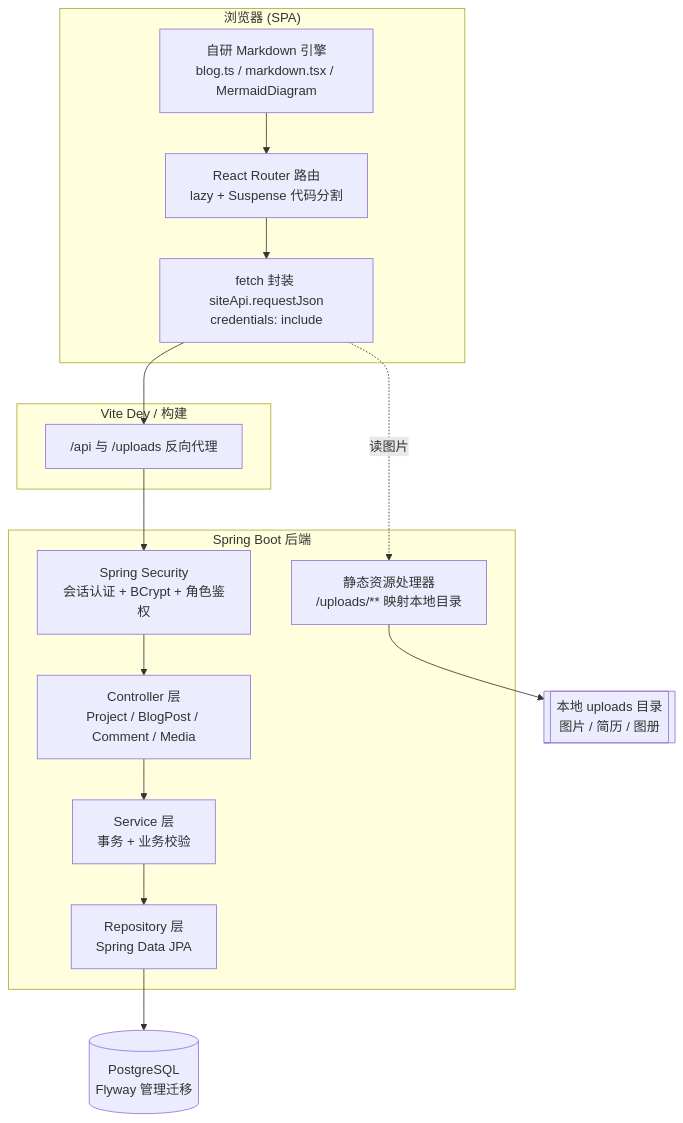
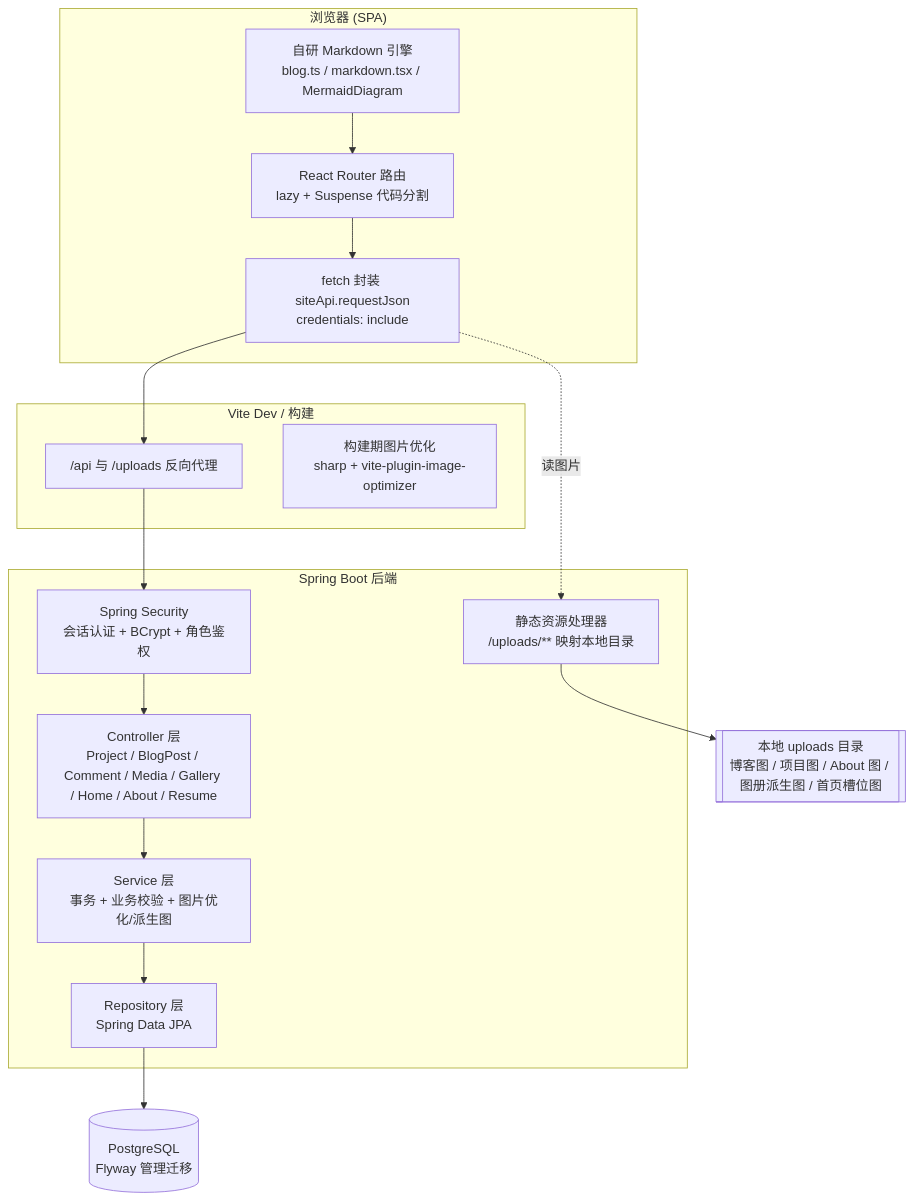
One commit to GuojiaoLin/personal-website changed the diagram in docs/项目文档/00-序章-项目总览与博客导读.md. Above: the diagram before and after it, drawn with Mermaid. The commit also changed other lines of this file and 53 other files, not shown here.

Commit message:
feat: improve image handling and admin content flows

````diff
--- a/docs/项目文档/00-序章-项目总览与博客导读.md
+++ b/docs/项目文档/00-序章-项目总览与博客导读.md
@@ -26,29 +26,30 @@
 ```mermaid
 flowchart TD
   subgraph Browser["浏览器 (SPA)"]
     R["React Router 路由<br/>lazy + Suspense 代码分割"]
     MD["自研 Markdown 引擎<br/>blog.ts / markdown.tsx / MermaidDiagram"]
     API["fetch 封装 siteApi.requestJson<br/>credentials: include"]
   end
 
   subgraph Vite["Vite Dev / 构建"]
     PROXY["/api 与 /uploads 反向代理"]
+    IMG["构建期图片优化<br/>sharp + vite-plugin-image-optimizer"]
   end
 
   subgraph Spring["Spring Boot 后端"]
     SEC["Spring Security<br/>会话认证 + BCrypt + 角色鉴权"]
-    CTRL["Controller 层<br/>Project / BlogPost / Comment / Media"]
-    SVC["Service 层<br/>事务 + 业务校验"]
+    CTRL["Controller 层<br/>Project / BlogPost / Comment / Media / Gallery / Home / About / Resume"]
+    SVC["Service 层<br/>事务 + 业务校验 + 图片优化/派生图"]
     REPO["Repository 层<br/>Spring Data JPA"]
     STATIC["静态资源处理器<br/>/uploads/** 映射本地目录"]
   end
 
   DB[("PostgreSQL<br/>Flyway 管理迁移")]
-  FS[["本地 uploads 目录<br/>图片 / 简历 / 图册"]]
+  FS[["本地 uploads 目录<br/>博客图 / 项目图 / About 图 / 图册派生图 / 首页槽位图"]]
 
   R --> API
   MD --> R
   API --> PROXY --> SEC --> CTRL --> SVC --> REPO --> DB
   STATIC --> FS
   API -.读图片.-> STATIC
 ```
````
